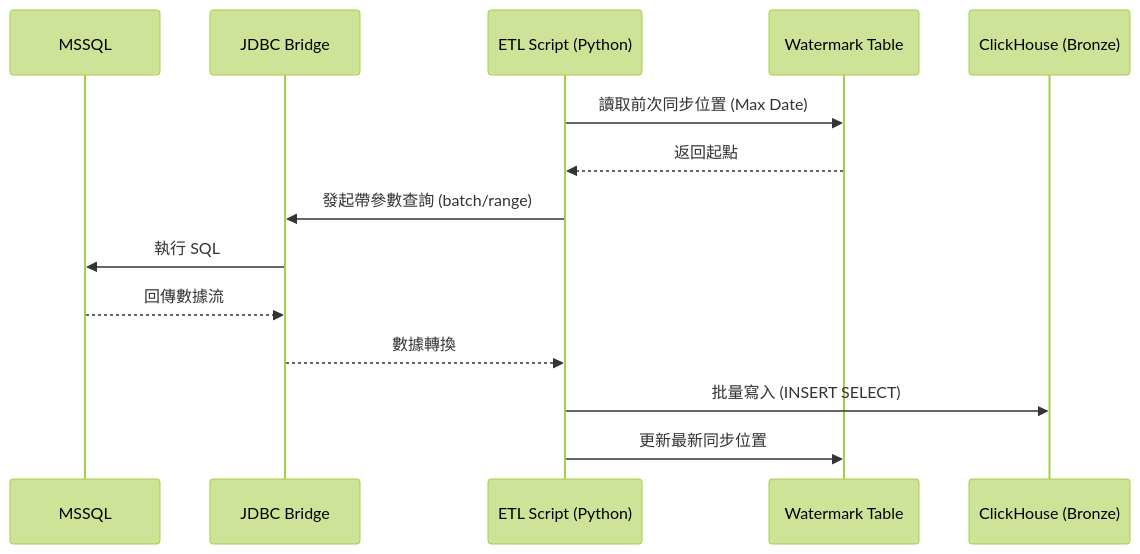
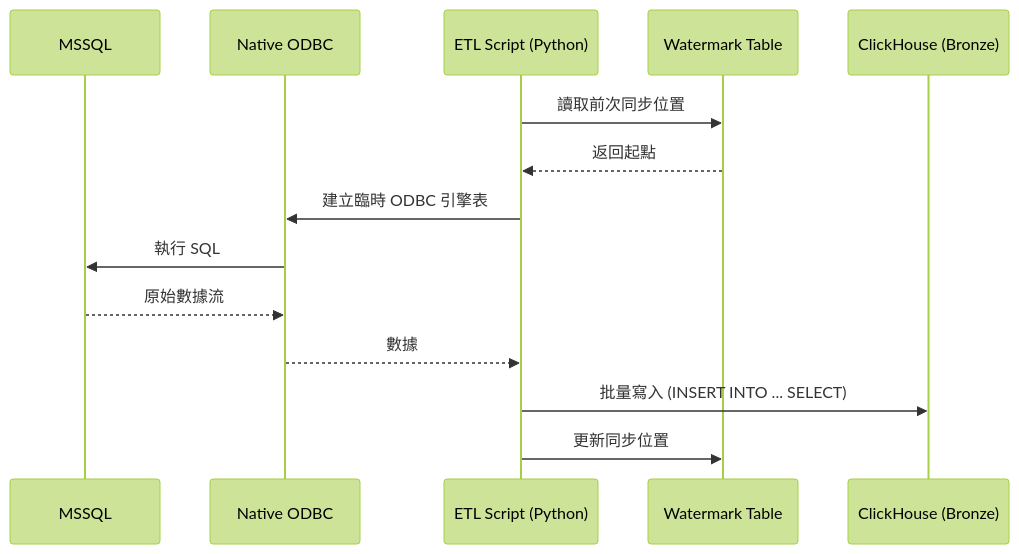
The second of 2 diagrams in docs/DMP_Flowable_Technical_Documentation.md (Han-lai/dmp_flowable_etl), drawn with Mermaid (forest theme) before and after one commit. The commit also changed other lines of this file and 16 other files, not shown here.

First line of the commit message:
docs: refactor documentation architecture to support ODBC modernization and JDBC archival

````diff
--- a/docs/DMP_Flowable_Technical_Documentation.md
+++ b/docs/DMP_Flowable_Technical_Documentation.md
@@ -52,17 +51,17 @@
 ```mermaid
 sequenceDiagram
     participant Source as MSSQL
-    participant Bridge as JDBC Bridge
+    participant Transport as Native ODBC
     participant Script as ETL Script (Python)
     participant WM as Watermark Table
     participant CH as ClickHouse (Bronze)
 
-    Script->>WM: 讀取前次同步位置 (Max Date)
+    Script->>WM: 讀取前次同步位置
     WM-->>Script: 返回起點
-    Script->>Bridge: 發起帶參數查詢 (batch/range)
-    Bridge->>Source: 執行 SQL
-    Source-->>Bridge: 回傳數據流
-    Bridge-->>Script: 數據轉換
-    Script->>CH: 批量寫入 (INSERT SELECT)
-    Script->>WM: 更新最新同步位置
+    Script->>Transport: 建立臨時 ODBC 引擎表
+    Transport->>Source: 執行 SQL
+    Source-->>Transport: 原始數據流
+    Transport-->>Script: 數據
+    Script->>CH: 批量寫入 (INSERT INTO ... SELECT)
+    Script->>WM: 更新同步位置
 ```
````
